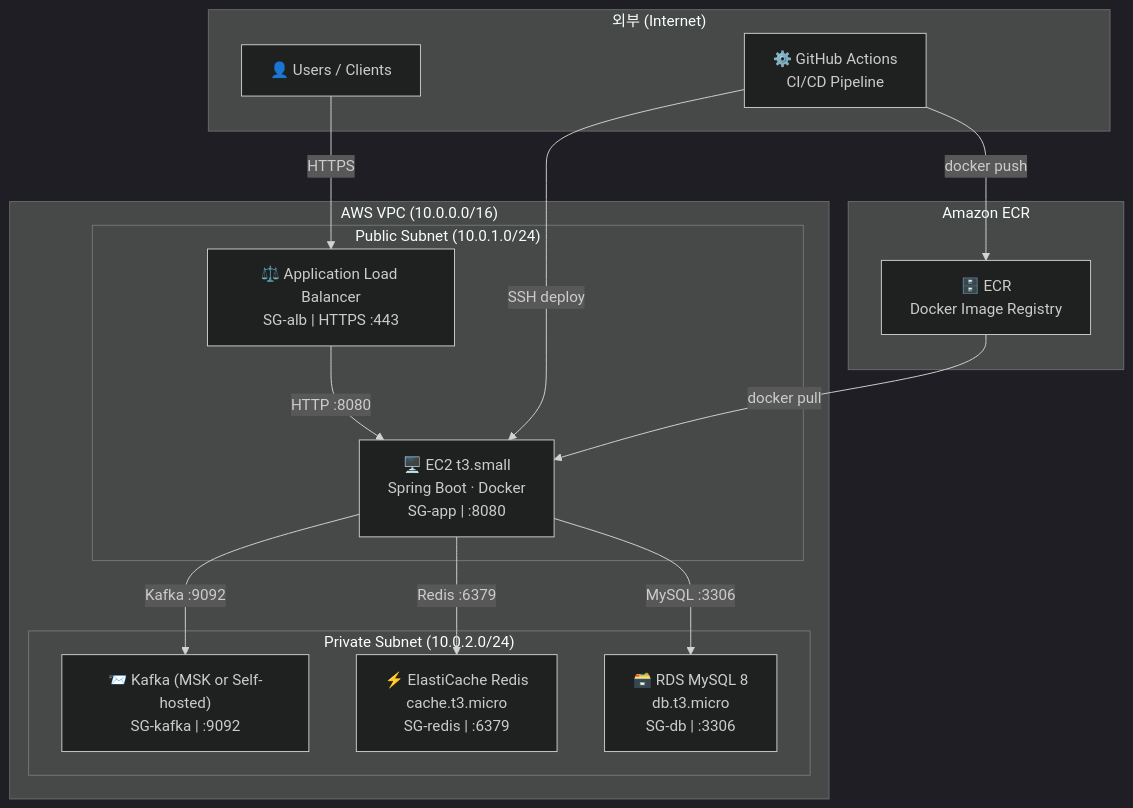
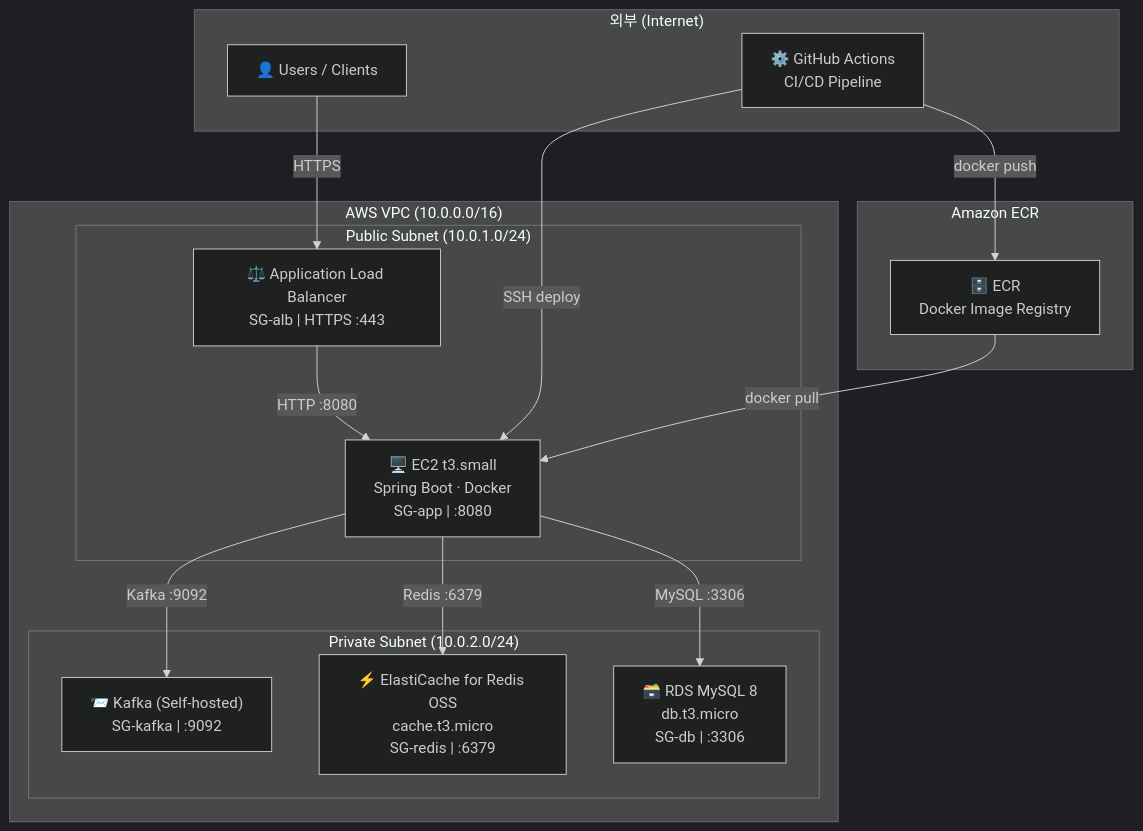
The diagram in v1/08_인프라_아키텍처.md (Housekeeper-for-pets/docs), drawn with Mermaid (dark theme) before and after one commit. The commit also changed other lines of this file, not shown here.

````diff
--- a/v1/08_인프라_아키텍처.md
+++ b/v1/08_인프라_아키텍처.md
@@ -13,34 +13,34 @@
 ```mermaid
 flowchart TB
     subgraph EXTERNAL["외부 (Internet)"]
         USER["👤 Users / Clients"]
         GHA["⚙️ GitHub Actions\nCI/CD Pipeline"]
     end
 
     subgraph ECR_BOX["Amazon ECR"]
         ECR["🗄️ ECR\nDocker Image Registry"]
     end
 
     GHA -->|"docker push"| ECR
 
     subgraph VPC["AWS VPC (10.0.0.0/16)"]
         subgraph PUBLIC["Public Subnet (10.0.1.0/24)"]
             ALB["⚖️ Application Load Balancer\nSG-alb | HTTPS :443"]
             EC2["🖥️ EC2 t3.small\nSpring Boot · Docker\nSG-app | :8080"]
         end
 
         subgraph PRIVATE["Private Subnet (10.0.2.0/24)"]
             RDS["🗃️ RDS MySQL 8\ndb.t3.micro\nSG-db | :3306"]
-            REDIS["⚡ ElastiCache Redis\ncache.t3.micro\nSG-redis | :6379"]
-            KAFKA["📨 Kafka (MSK or Self-hosted)\nSG-kafka | :9092"]
+            REDIS["⚡ ElastiCache for Redis OSS\ncache.t3.micro\nSG-redis | :6379"]
+            KAFKA["📨 Kafka (Self-hosted)\nSG-kafka | :9092"]
         end
     end
 
     USER -->|"HTTPS"| ALB
     ALB -->|"HTTP :8080"| EC2
     ECR -->|"docker pull"| EC2
     GHA -->|"SSH deploy"| EC2
     EC2 -->|"MySQL :3306"| RDS
     EC2 -->|"Redis :6379"| REDIS
     EC2 -->|"Kafka :9092"| KAFKA
 ```
````
